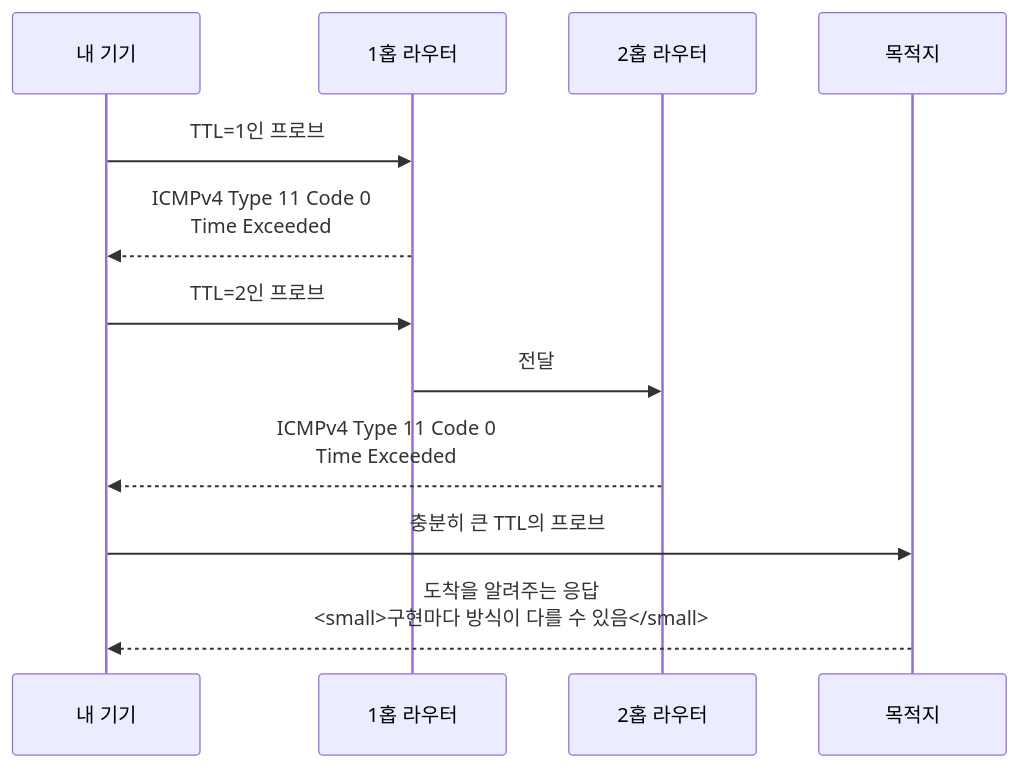
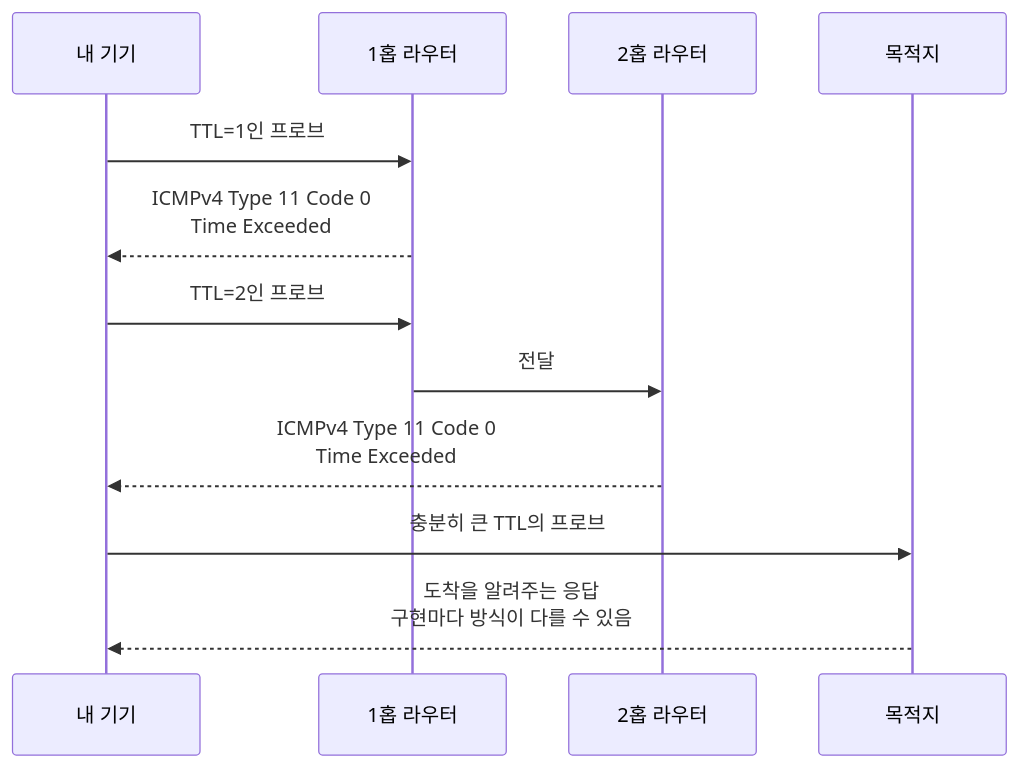
The first of 2 diagrams in docs/network/deep-dive/icmp-and-icmpv6-types.md (kmj8843/blog), drawn with Mermaid before and after one commit. The commit also changed 4 other files, not shown here.

````diff
--- a/docs/network/deep-dive/icmp-and-icmpv6-types.md
+++ b/docs/network/deep-dive/icmp-and-icmpv6-types.md
@@ -154,15 +154,15 @@
 ```mermaid
 sequenceDiagram
     participant 나 as 내 기기
     participant 홉1 as 1홉 라우터
     participant 홉2 as 2홉 라우터
     participant 목적지 as 목적지
 
     나->>홉1: TTL=1인 프로브
     홉1-->>나: ICMPv4 Type 11 Code 0<br/>Time Exceeded
     나->>홉1: TTL=2인 프로브
     홉1->>홉2: 전달
     홉2-->>나: ICMPv4 Type 11 Code 0<br/>Time Exceeded
     나->>목적지: 충분히 큰 TTL의 프로브
-    목적지-->>나: 도착을 알려주는 응답<br/><small>구현마다 방식이 다를 수 있음</small>
+    목적지-->>나: 도착을 알려주는 응답<br/>구현마다 방식이 다를 수 있음
 ```
````
